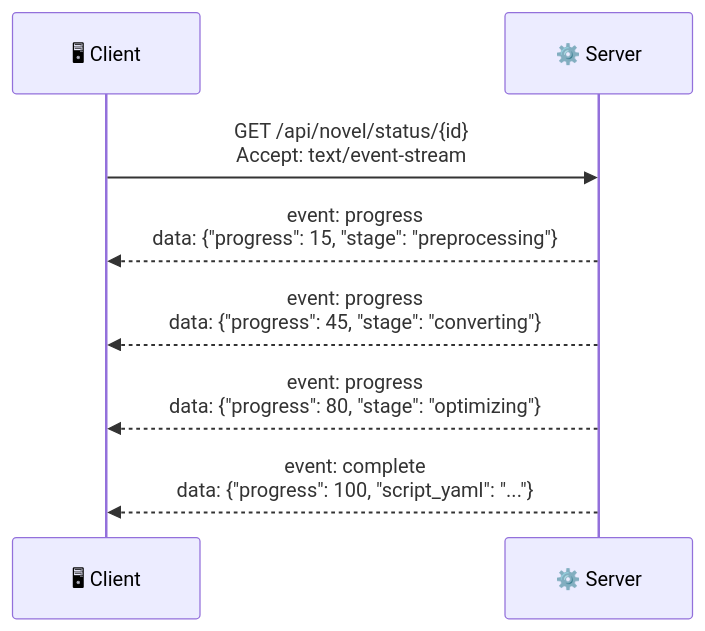
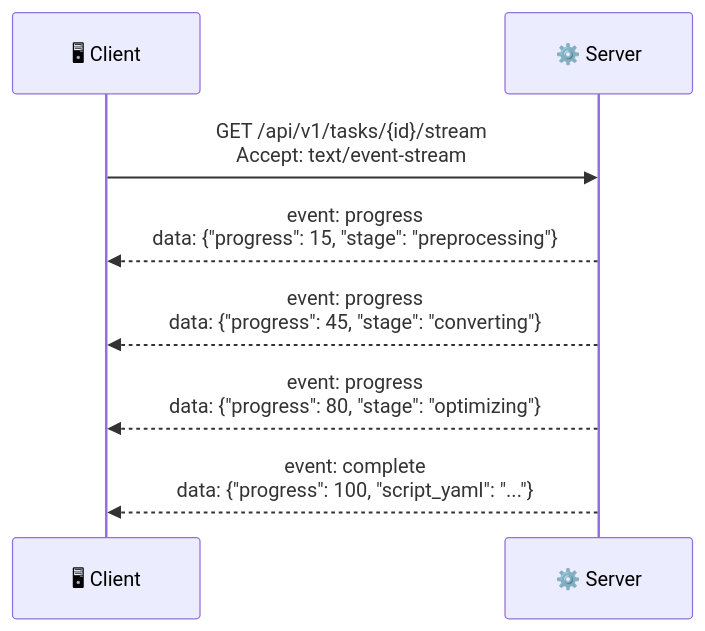
Before and after one commit to Dinosaur-MC/NovelScript: the sixth of 9 diagrams in docs/SDS 软件设计说明书.md, drawn with Mermaid. The commit also changed other lines of this file and 8 other files, not shown here.

````diff
--- a/docs/SDS 软件设计说明书.md
+++ b/docs/SDS 软件设计说明书.md
@@ -723,12 +724,12 @@
 ```mermaid
 sequenceDiagram
     participant Client as 🖥 Client
     participant Server as ⚙️ Server
 
-    Client->>Server: GET /api/novel/status/{id}<br/>Accept: text/event-stream
+    Client->>Server: GET /api/v1/tasks/{id}/stream<br/>Accept: text/event-stream
 
     Server-->>Client: event: progress<br/>data: {"progress": 15, "stage": "preprocessing"}
     Server-->>Client: event: progress<br/>data: {"progress": 45, "stage": "converting"}
     Server-->>Client: event: progress<br/>data: {"progress": 80, "stage": "optimizing"}
     Server-->>Client: event: complete<br/>data: {"progress": 100, "script_yaml": "..."}
 ```
````
